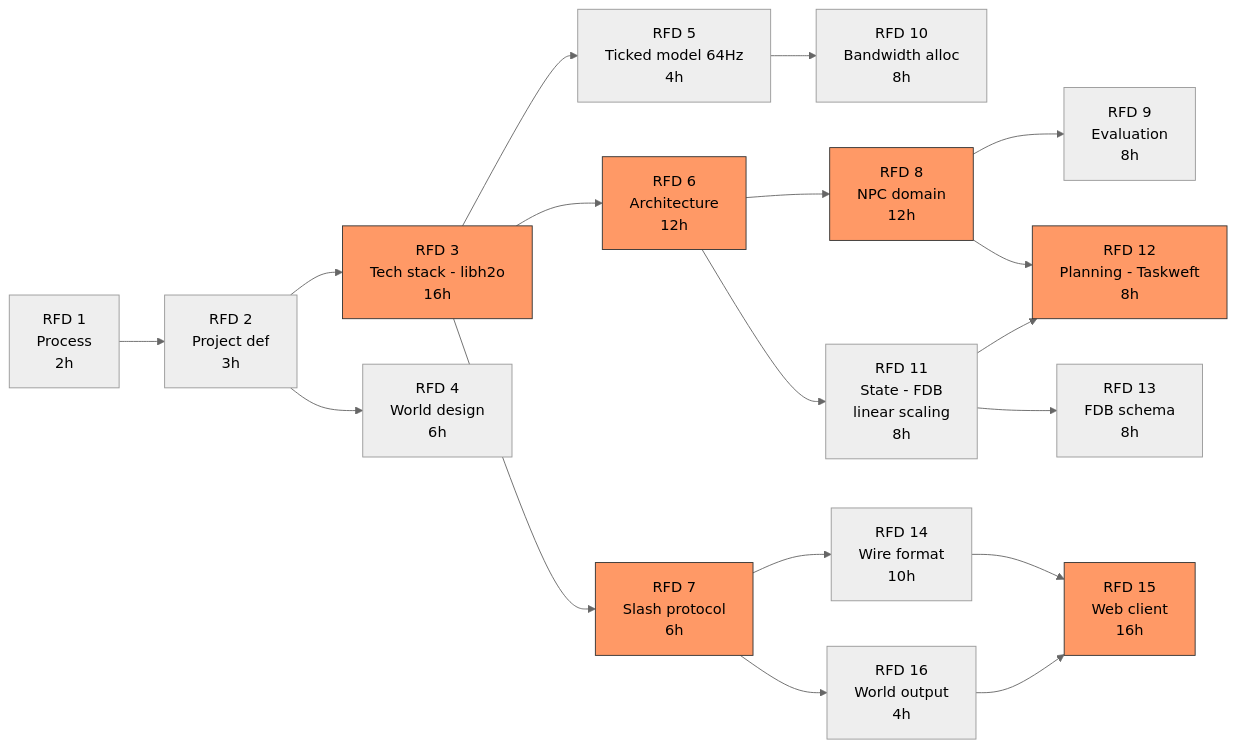
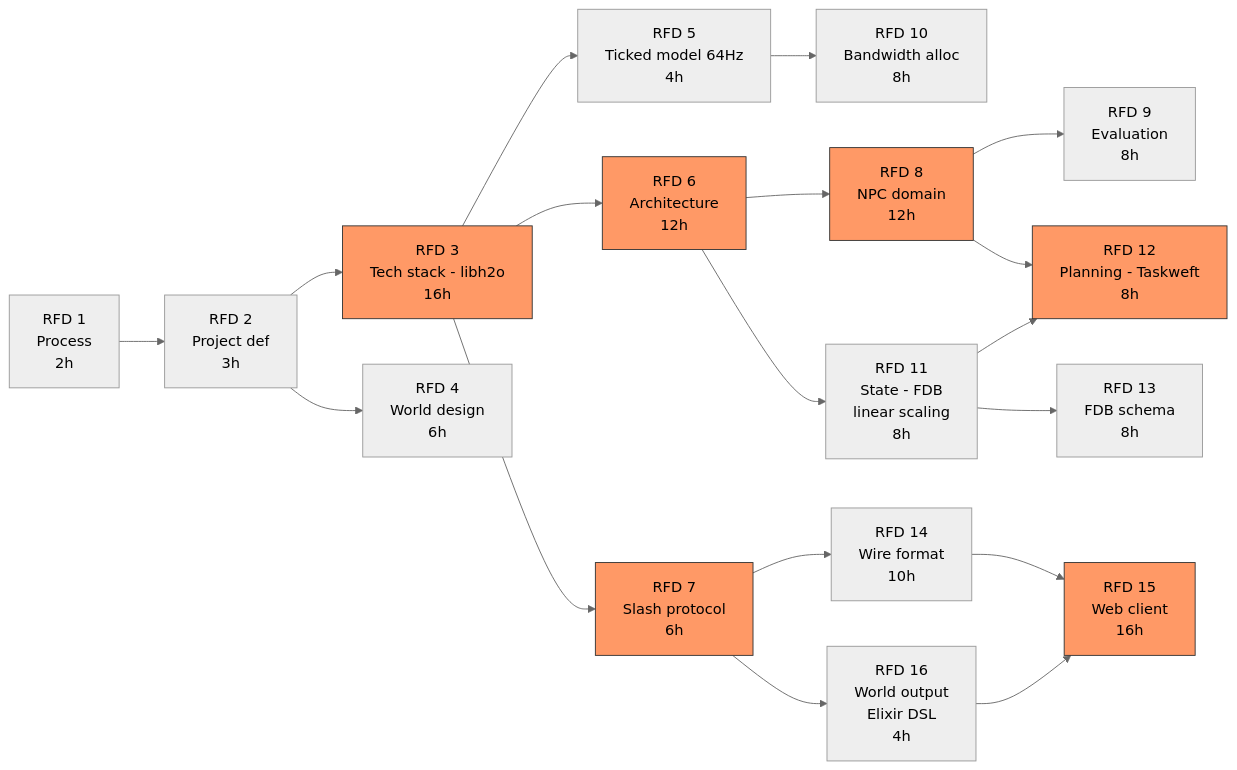
One commit to taskweft/crucible-rfd changed the first of 2 diagrams in PERT_PLAN.md. Above: the diagram before and after it, drawn with Mermaid (neutral theme). The commit also changed other lines of this file and 1 other file, not shown here.

Commit message:
RFD 16: define world output format as Elixir DSL (typed struct + encoder protocol)

````diff
--- a/PERT_PLAN.md
+++ b/PERT_PLAN.md
@@ -16,27 +16,27 @@
 ```mermaid
 flowchart LR
     r1[RFD 1<br>Process<br>2h] --> r2[RFD 2<br>Project def<br>3h]
     r2 --> r3[RFD 3<br>Tech stack - libh2o<br>16h]
     r2 --> r4[RFD 4<br>World design<br>6h]
     r3 --> r5[RFD 5<br>Ticked model 64Hz<br>4h]
     r3 --> r6[RFD 6<br>Architecture<br>12h]
     r3 --> r7[RFD 7<br>Slash protocol<br>6h]
     r5 --> r10[RFD 10<br>Bandwidth alloc<br>8h]
     r6 --> r8[RFD 8<br>NPC domain<br>12h]
     r6 --> r11[RFD 11<br>State - FDB<br>linear scaling<br>8h]
     r7 --> r14[RFD 14<br>Wire format<br>10h]
-    r7 --> r16[RFD 16<br>World output<br>4h]
+    r7 --> r16[RFD 16<br>World output<br>Elixir DSL<br>4h]
     r8 --> r9[RFD 9<br>Evaluation<br>8h]
     r8 --> r12[RFD 12<br>Planning - Taskweft<br>8h]
     r11 --> r12
     r11 --> r13[RFD 13<br>FDB schema<br>8h]
     r14 --> r15[RFD 15<br>Web client<br>16h]
     r16 --> r15
 
     style r3 fill:#f96,stroke:#333
     style r6 fill:#f96,stroke:#333
     style r7 fill:#f96,stroke:#333
     style r8 fill:#f96,stroke:#333
     style r12 fill:#f96,stroke:#333
     style r15 fill:#f96,stroke:#333
 ```
````
